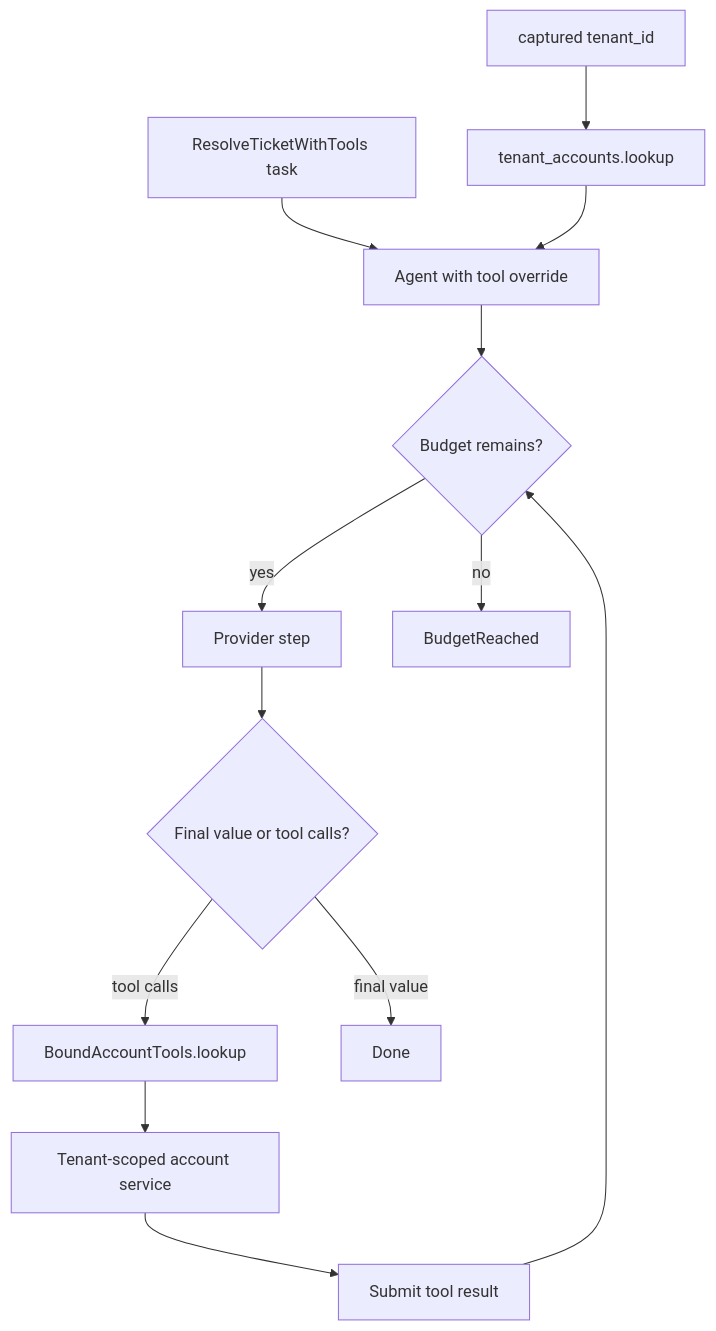
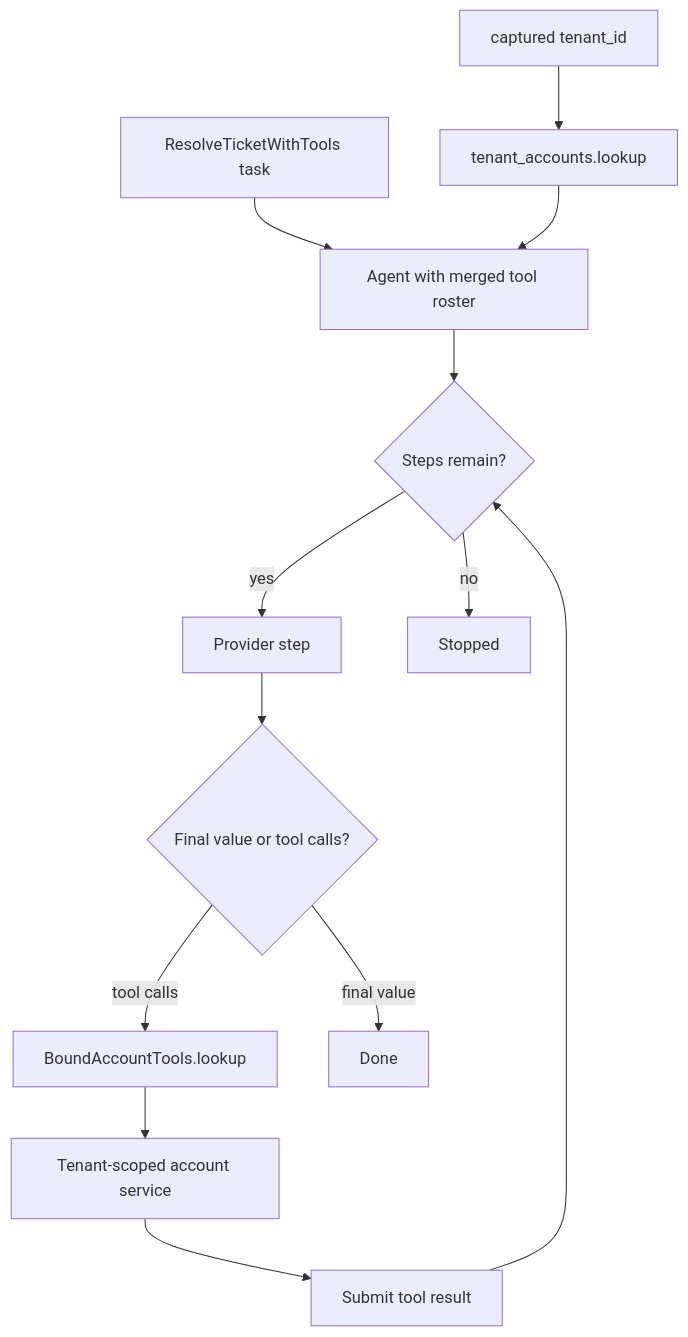
One commit to BoundaryML/baml changed the second of 2 diagrams in baml_language/_plan/bepv4/pages/agents-and-tools.md. Above: the diagram before and after it, drawn with Mermaid. The commit also changed other lines of this file and 169 other files, not shown here.

````diff
--- a/baml_language/_plan/bepv4/pages/agents-and-tools.md
+++ b/baml_language/_plan/bepv4/pages/agents-and-tools.md
@@ -124,15 +124,15 @@
 ```mermaid
 flowchart TD
   tenant["captured tenant_id"] --> bound["tenant_accounts.lookup"]
-  task["ResolveTicketWithTools task"] --> agent["Agent with tool override"]
+  task["ResolveTicketWithTools task"] --> agent["Agent with merged tool roster"]
   bound --> agent
-  agent --> budget{"Budget remains?"}
-  budget -->|yes| step["Provider step"]
+  agent --> limit{"Steps remain?"}
+  limit -->|yes| step["Provider step"]
   step --> result{"Final value or tool calls?"}
   result -->|tool calls| method["BoundAccountTools.lookup"]
   method --> scoped["Tenant-scoped account service"]
   scoped --> submit["Submit tool result"]
-  submit --> budget
+  submit --> limit
   result -->|final value| done["Done<Resolution>"]
-  budget -->|no| stopped["BudgetReached"]
+  limit -->|no| stopped["Stopped"]
 ```
````
